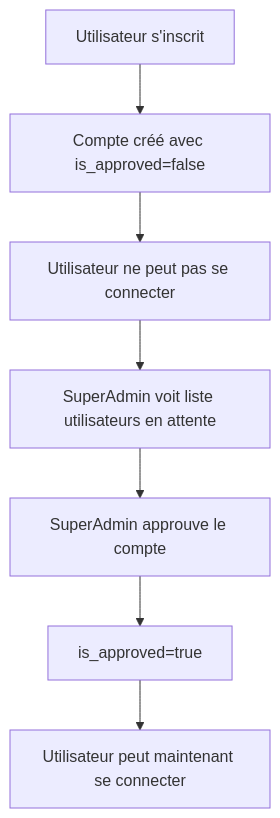
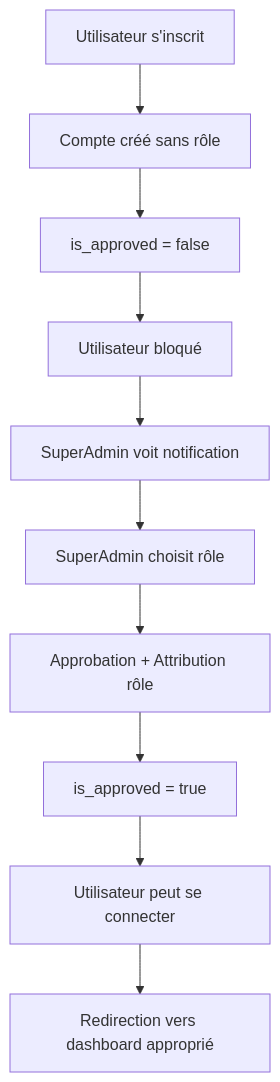
The third of 5 diagrams in README.md (abdoul22/Pharmacie_Amazon), drawn with Mermaid before and after one commit. The commit also changed other lines of this file and 43 other files, not shown here.

````diff
--- a/README.md
+++ b/README.md
@@ -253,9 +290,12 @@
 ```mermaid
 graph TD
-    A[Utilisateur s'inscrit] --> B[Compte créé avec is_approved=false]
-    B --> C[Utilisateur ne peut pas se connecter]
-    C --> D[SuperAdmin voit liste utilisateurs en attente]
-    D --> E[SuperAdmin approuve le compte]
-    E --> F[is_approved=true]
-    F --> G[Utilisateur peut maintenant se connecter]
+    A[Utilisateur s'inscrit] --> B[Compte créé sans rôle]
+    B --> C[is_approved = false]
+    C --> D[Utilisateur bloqué]
+    D --> E[SuperAdmin voit notification]
+    E --> F[SuperAdmin choisit rôle]
+    F --> G[Approbation + Attribution rôle]
+    G --> H[is_approved = true]
+    H --> I[Utilisateur peut se connecter]
+    I --> J[Redirection vers dashboard approprié]
 ```
````
